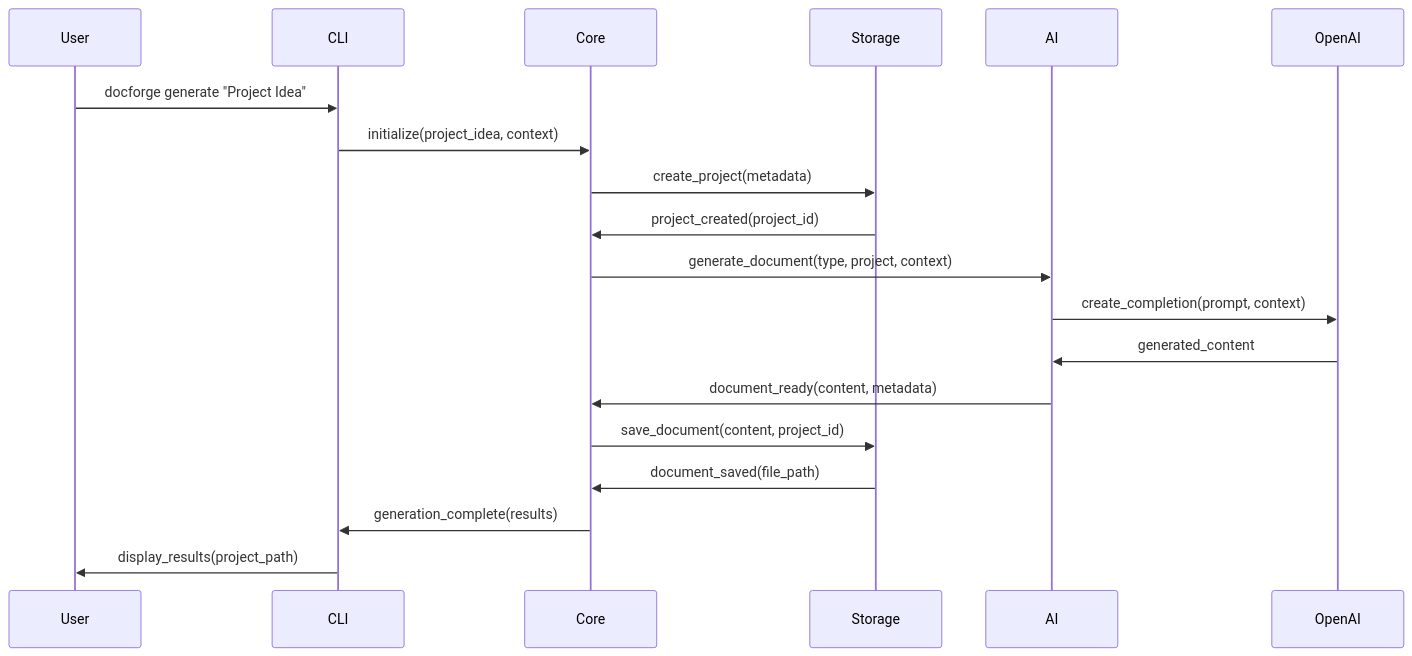
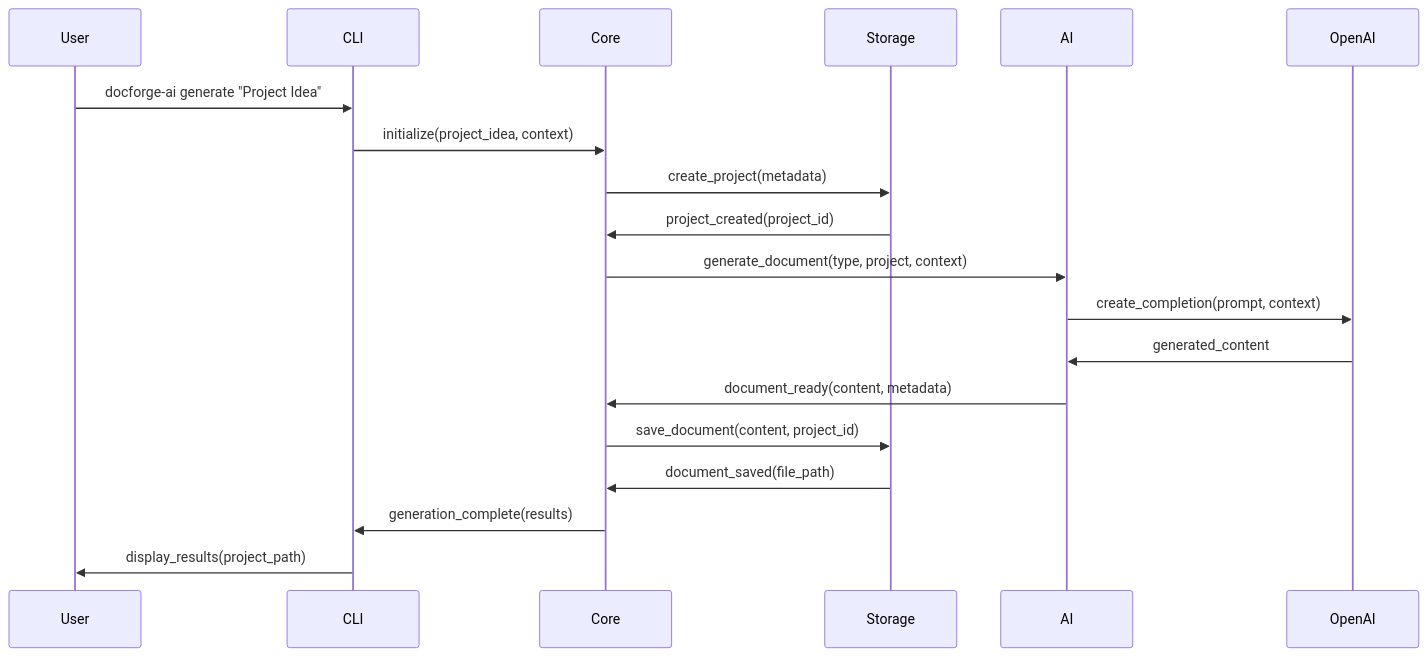
One commit to Venkatesh188/docforge changed the second of 4 diagrams in docs/ARCHITECTURE.md. Above: the diagram before and after it, drawn with Mermaid. The commit also changed other lines of this file and 18 other files, not shown here.

Commit message:
Refactor CLI commands and documentation to use 'docforge-ai' instead of 'docforge'. Update Python version requirement to 3.10 or higher, and enhance installation instructions across various documents. Version bumped to 2.0.2.

````diff
--- a/docs/ARCHITECTURE.md
+++ b/docs/ARCHITECTURE.md
@@ -119,26 +119,26 @@
 ```mermaid
 sequenceDiagram
     participant User
     participant CLI
     participant Core
     participant Storage
     participant AI
     participant OpenAI
 
-    User->>CLI: docforge generate "Project Idea"
+    User->>CLI: docforge-ai generate "Project Idea"
     CLI->>Core: initialize(project_idea, context)
     
     Core->>Storage: create_project(metadata)
     Storage->>Core: project_created(project_id)
     
     Core->>AI: generate_document(type, project, context)
     AI->>OpenAI: create_completion(prompt, context)
     OpenAI->>AI: generated_content
     AI->>Core: document_ready(content, metadata)
     
     Core->>Storage: save_document(content, project_id)
     Storage->>Core: document_saved(file_path)
     
     Core->>CLI: generation_complete(results)
     CLI->>User: display_results(project_path)
 ```
````
